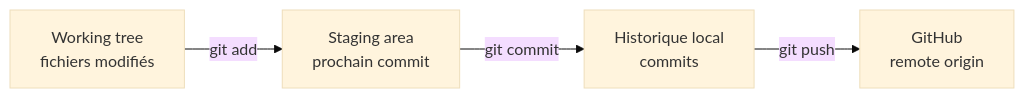
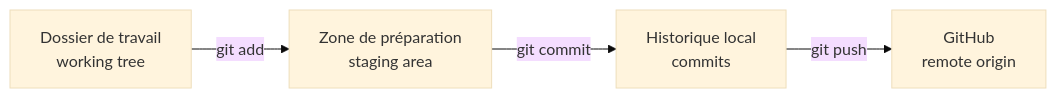
Before and after one commit to ENSTARobotics/tutorial-git-vscode: the diagram in .github/steps/2-working-tree-staging-commit.md, drawn with Mermaid (base theme). The commit also changed other lines of this file and 6 other files, not shown here.

````diff
--- a/.github/steps/2-working-tree-staging-commit.md
+++ b/.github/steps/2-working-tree-staging-commit.md
@@ -9,6 +11,6 @@
 ```mermaid
 flowchart LR
-    A[Working tree<br/>fichiers modifiés] -->|git add| B[Staging area<br/>prochain commit]
+    A[Dossier de travail<br/>working tree] -->|git add| B[Zone de préparation<br/>staging area]
     B -->|git commit| C[Historique local<br/>commits]
     C -->|git push| D[GitHub<br/>remote origin]
 ```
````
